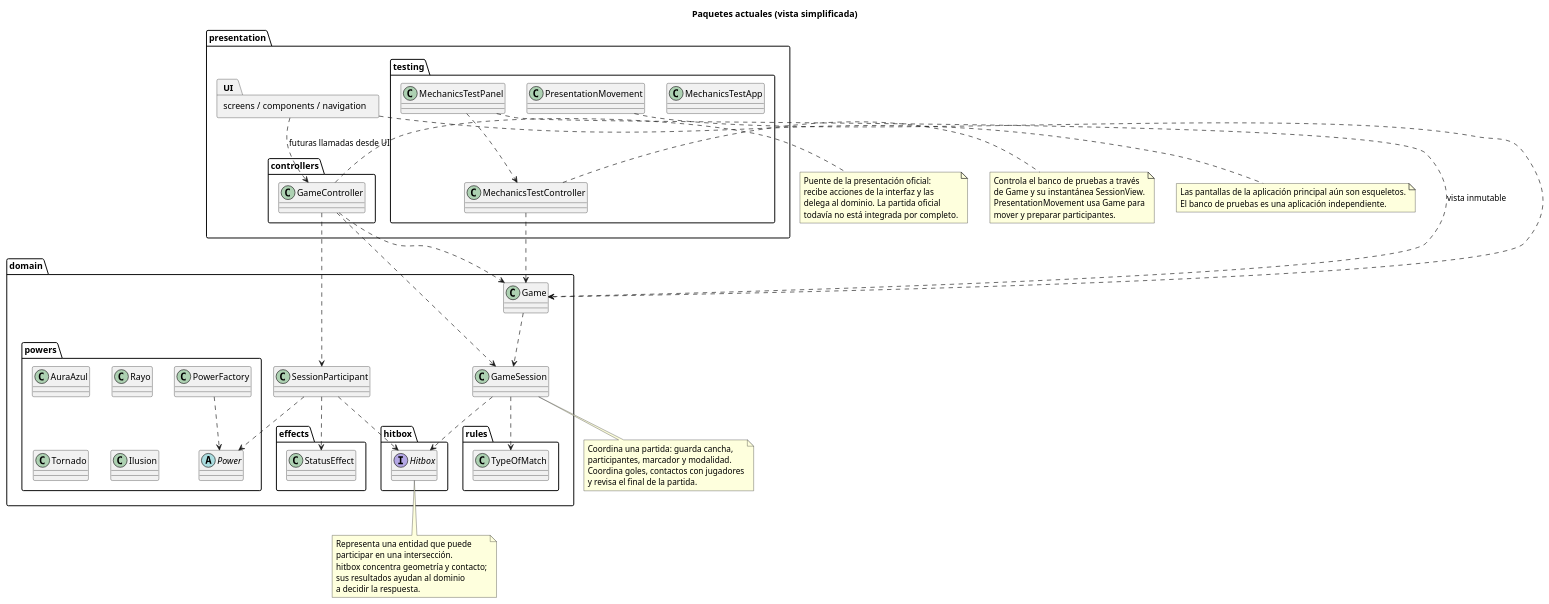
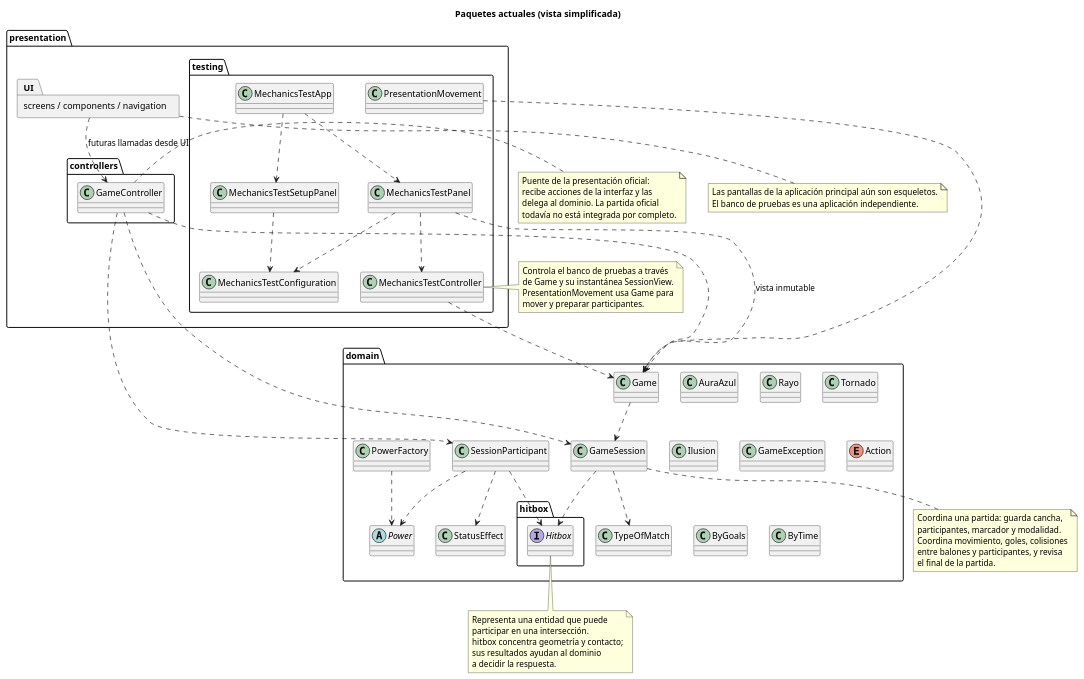
The diagram in docs/uml/package-diagram.puml (PaglkG/ProyectoFinal-Dopo), drawn with PlantUML before and after one commit. The commit also changed 38 other files, not shown here.

Commit message:
correccion de interacciones de la pelota y agragando cambios al diagrama de clases

```diff
--- a/docs/uml/package-diagram.puml
+++ b/docs/uml/package-diagram.puml
@@ -1,82 +1,87 @@
 @startuml
 allowmixing
 title Paquetes actuales (vista simplificada)
 package "presentation" {
   package "controllers" {
     class GameController
   }
   package "testing" {
     class MechanicsTestApp
+    class MechanicsTestSetupPanel
+    class MechanicsTestConfiguration
     class MechanicsTestPanel
     class MechanicsTestController
     class PresentationMovement
   }
   package "screens / components / navigation" as UI
 }
 package "domain" {
   class Game
   class GameSession
   class SessionParticipant
-  package "rules" {
-    class TypeOfMatch
-  }
+  class TypeOfMatch
   package "hitbox" {
     interface Hitbox
   }
-  package "effects" {
-    class StatusEffect
-  }
-  package "powers" {
-    abstract class Power
-    class AuraAzul
-    class Rayo
-    class Tornado
-    class Ilusion
-    class PowerFactory
-  }
+  class StatusEffect
+  abstract class Power
+  class AuraAzul
+  class Rayo
+  class Tornado
+  class Ilusion
+  class PowerFactory
+  class GameException
+  enum Action
+  class ByGoals
+  class ByTime
 }
 GameController ..> Game
 GameController ..> GameSession
 GameController ..> SessionParticipant
 Game ..> GameSession
 GameSession ..> TypeOfMatch
 GameSession ..> Hitbox
 SessionParticipant ..> Hitbox
 SessionParticipant ..> StatusEffect
 SessionParticipant ..> Power
 PowerFactory ..> Power
 UI ..> GameController : futuras llamadas desde UI
 MechanicsTestPanel ..> MechanicsTestController
+MechanicsTestSetupPanel ..> MechanicsTestConfiguration
+MechanicsTestApp ..> MechanicsTestSetupPanel
+MechanicsTestApp ..> MechanicsTestPanel
+MechanicsTestPanel ..> MechanicsTestConfiguration
 MechanicsTestPanel ..> Game : vista inmutable
 MechanicsTestController ..> Game
 PresentationMovement ..> Game
 note bottom of UI
   Las pantallas de la aplicación principal aún son esqueletos.
   El banco de pruebas es una aplicación independiente.
 end note
 note right of GameController
   Puente de la presentación oficial:
   recibe acciones de la interfaz y las
   delega al dominio. La partida oficial
   todavía no está integrada por completo.
 end note
 note bottom of GameSession
   Coordina una partida: guarda cancha,
   participantes, marcador y modalidad.
-  Coordina goles, contactos con jugadores
-  y revisa el final de la partida.
+  Coordina movimiento, goles, colisiones
+  entre balones y participantes, y revisa
+  el final de la partida.
 end note
 note bottom of Hitbox
   Representa una entidad que puede
   participar en una intersección.
   hitbox concentra geometría y contacto;
   sus resultados ayudan al dominio
   a decidir la respuesta.
 end note
 note right of MechanicsTestController
   Controla el banco de pruebas a través
   de Game y su instantánea SessionView.
   PresentationMovement usa Game para
   mover y preparar participantes.
 end note
 @enduml
```
